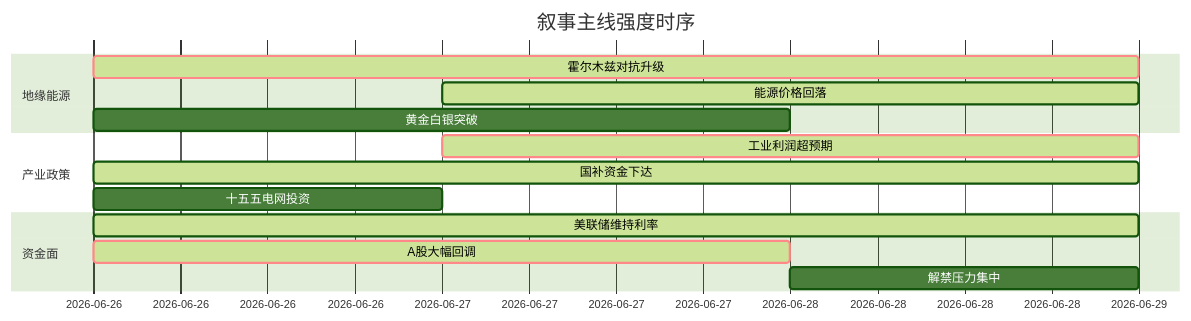
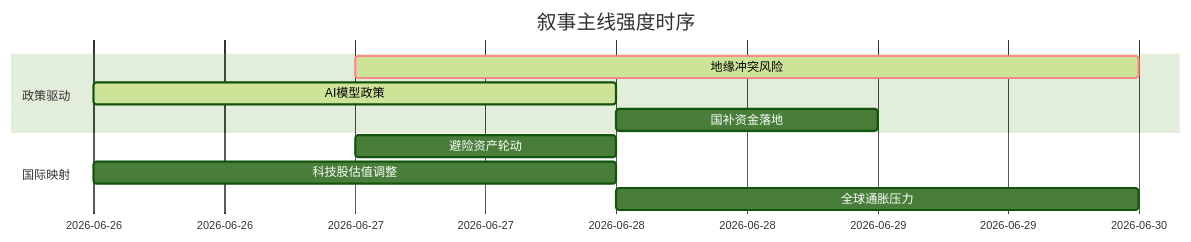
The diagram in 5day_report.md (uu5zn/uu5zn.github.io), drawn with Mermaid (forest theme) before and after one commit. The commit also changed other lines of this file and 19 other files, not shown here.

````diff
--- a/5day_report.md
+++ b/5day_report.md
@@ -56,19 +60,14 @@
 ```mermaid
 gantt
     title 叙事主线强度时序
     dateFormat  YYYY-MM-DD
-    section 地缘能源
-    霍尔木兹对抗升级   :crit, active, 2026-06-26, 3d
-    能源价格回落       :active, 2026-06-27, 2d
-    黄金白银突破       :2026-06-26, 2d
+    section 政策驱动
+    地缘冲突风险   :crit, active, 2026-06-27, 3d
+    AI模型政策   :active, 2026-06-26, 2d
+    国补资金落地   :2026-06-28, 1d
     
-    section 产业政策
-    工业利润超预期     :crit, active, 2026-06-27, 2d
-    国补资金下达       :active, 2026-06-26, 3d
-    十五五电网投资     :2026-06-26, 1d
-    
-    section 资金面
-    美联储维持利率     :active, 2026-06-26, 3d
-    A股大幅回调        :crit, active, 2026-06-26, 2d
-    解禁压力集中       :2026-06-28, 1d
+    section 国际映射
+    避险资产轮动   :2026-06-27, 1d
+    科技股估值调整   :2026-06-26, 2d
+    全球通胀压力   :2026-06-28, 2d
 ```
````
